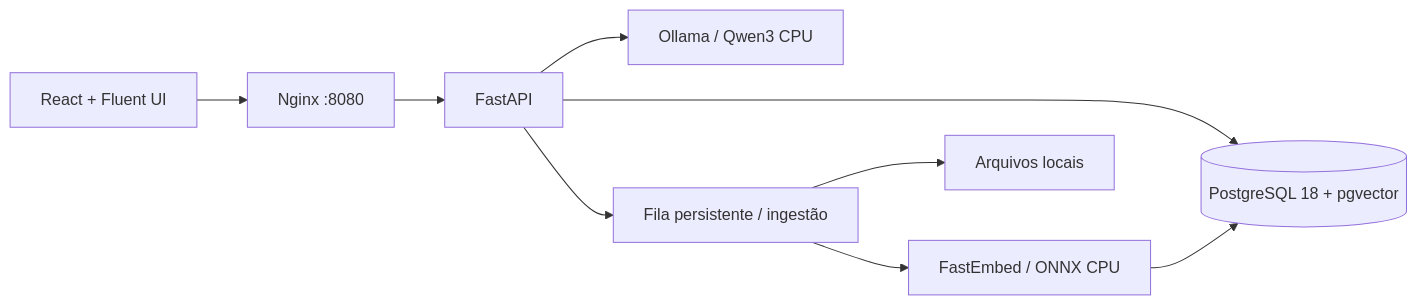
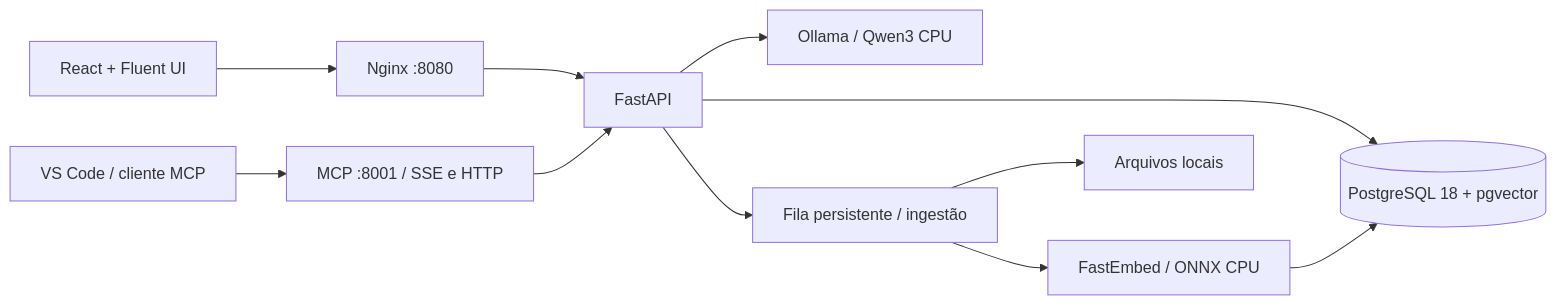
One commit to jeanbezerra/mini-rag-wsl changed the diagram in README.md. Above: the diagram before and after it, drawn with Mermaid. The commit also changed other lines of this file and 26 other files, not shown here.

````diff
--- a/README.md
+++ b/README.md
@@ -169,11 +179,13 @@
 ```mermaid
 flowchart LR
   UI[React + Fluent UI] --> N[Nginx :8080]
   N --> A[FastAPI]
+  V[VS Code / cliente MCP] --> M[MCP :8001 / SSE e HTTP]
+  M --> A
   A --> P[(PostgreSQL 18 + pgvector)]
   A --> O[Ollama / Qwen3 CPU]
   A --> W[Fila persistente / ingestão]
   W --> E[FastEmbed / ONNX CPU]
   E --> P
   W --> F[Arquivos locais]
 ```
````
